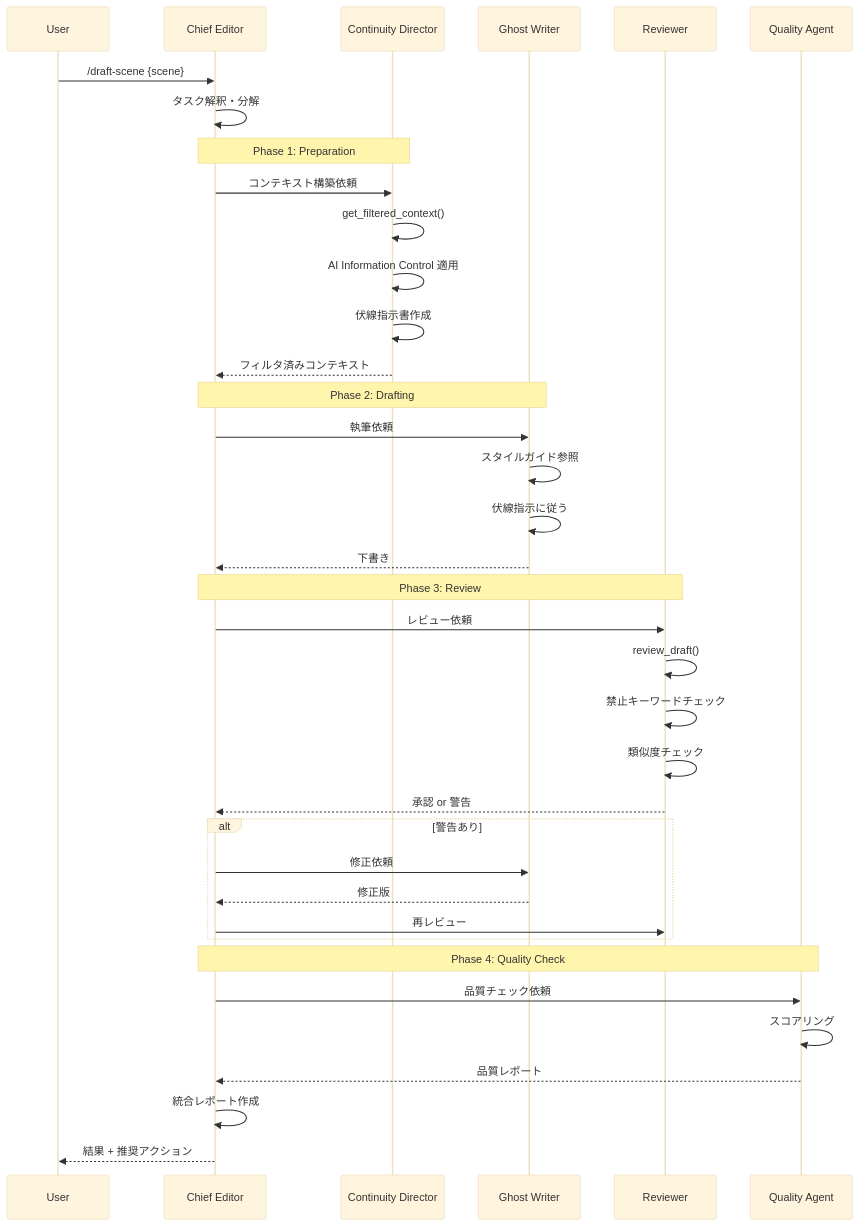
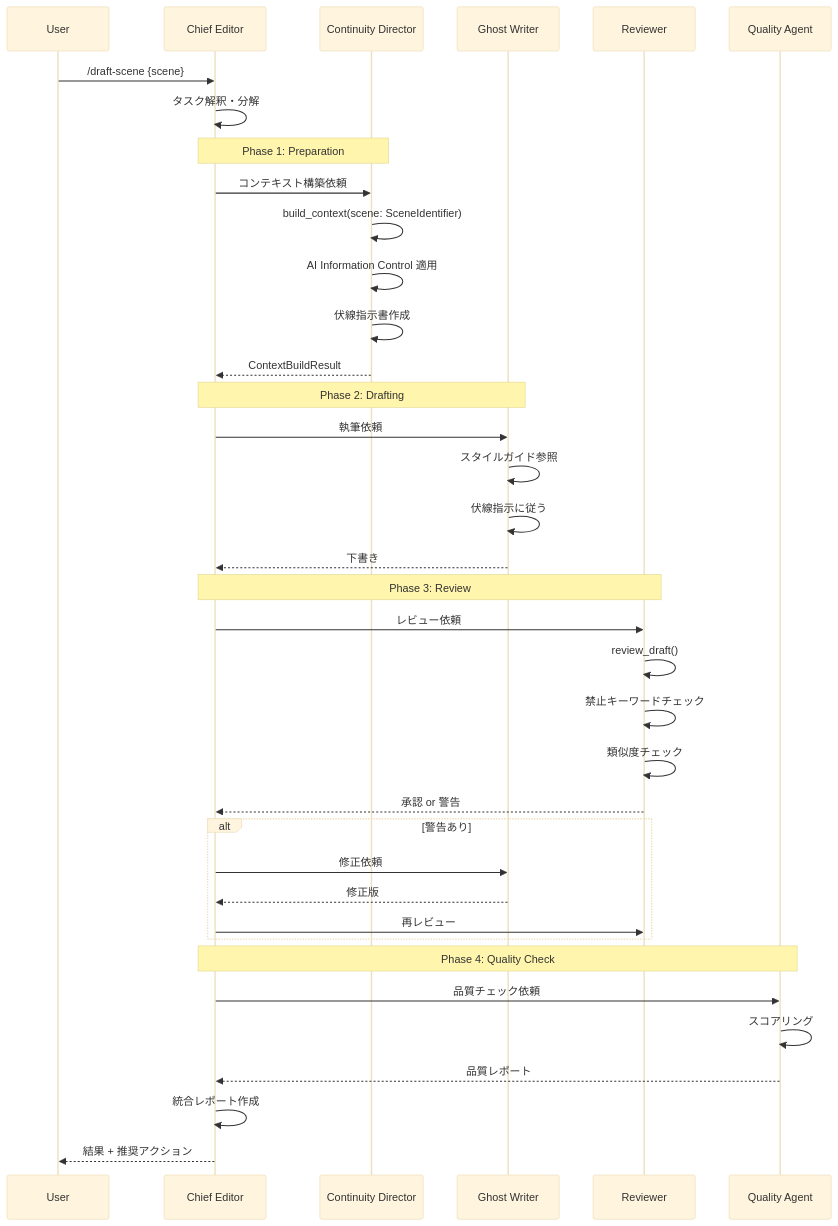
Before and after one commit to sougetuOte/Novel-Athanor-v2: the first of 4 diagrams in docs/specs/novel-generator-v2/07_workflow.md, drawn with Mermaid (base theme). The commit also changed other lines of this file and 6 other files, not shown here.

````diff
--- a/docs/specs/novel-generator-v2/07_workflow.md
+++ b/docs/specs/novel-generator-v2/07_workflow.md
@@ -40,46 +40,46 @@
 ```mermaid
 sequenceDiagram
     participant U as User
     participant CE as Chief Editor
     participant CD as Continuity Director
     participant GW as Ghost Writer
     participant RV as Reviewer
     participant QA as Quality Agent
 
     U->>CE: /draft-scene {scene}
     CE->>CE: タスク解釈・分解
 
     Note over CE,CD: Phase 1: Preparation
     CE->>CD: コンテキスト構築依頼
-    CD->>CD: get_filtered_context()
+    CD->>CD: build_context(scene: SceneIdentifier)
     CD->>CD: AI Information Control 適用
     CD->>CD: 伏線指示書作成
-    CD-->>CE: フィルタ済みコンテキスト
+    CD-->>CE: ContextBuildResult
 
     Note over CE,GW: Phase 2: Drafting
     CE->>GW: 執筆依頼
     GW->>GW: スタイルガイド参照
     GW->>GW: 伏線指示に従う
     GW-->>CE: 下書き
 
     Note over CE,RV: Phase 3: Review
     CE->>RV: レビュー依頼
     RV->>RV: review_draft()
     RV->>RV: 禁止キーワードチェック
     RV->>RV: 類似度チェック
     RV-->>CE: 承認 or 警告
 
     alt 警告あり
         CE->>GW: 修正依頼
         GW-->>CE: 修正版
         CE->>RV: 再レビュー
     end
 
     Note over CE,QA: Phase 4: Quality Check
     CE->>QA: 品質チェック依頼
     QA->>QA: スコアリング
     QA-->>CE: 品質レポート
 
     CE->>CE: 統合レポート作成
     CE-->>U: 結果 + 推奨アクション
 ```
````
